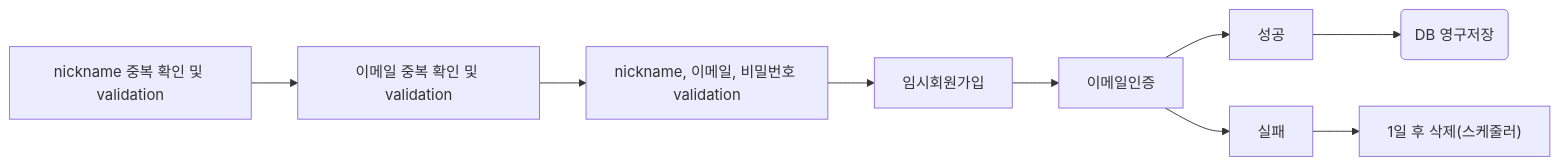
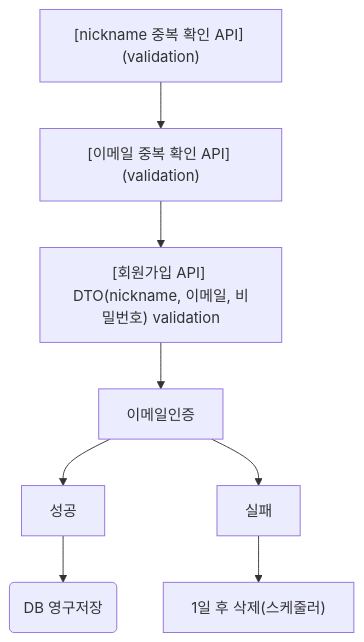
The diagram in mermaid/flow/join.md (kimyezzang97/NewVintly), drawn with Mermaid before and after one commit.

Commit message:
docs: 회원가입 flowchart 수정
- LR > TD 변경

````diff
--- a/mermaid/flow/join.md
+++ b/mermaid/flow/join.md
@@ -1,12 +1,11 @@
 ```mermaid
-flowchart LR
-    nicknameChk["`nickname 중복 확인 및 validation`"]
-    emailChk["`이메일 중복 확인 및 validation`"]
-    DTOCheck["nickname, 이메일, 비밀번호 validation"]
-    임시회원가입
+flowchart TD
+    nicknameChk["`[nickname 중복 확인 API] (validation)`"]
+    emailChk["`[이메일 중복 확인 API] (validation)`"]
+    임시회원가입["[회원가입 API] DTO(nickname, 이메일, 비밀번호) validation"]
     이메일인증
     
-    nicknameChk --> emailChk --> DTOCheck --> 임시회원가입 --> 이메일인증
+    nicknameChk --> emailChk --> 임시회원가입 --> 이메일인증
     이메일인증 --> 성공 --> 저장("DB 영구저장")
     이메일인증 --> 실패 --> 삭제["1일 후 삭제(스케줄러)"]
 ```
````
